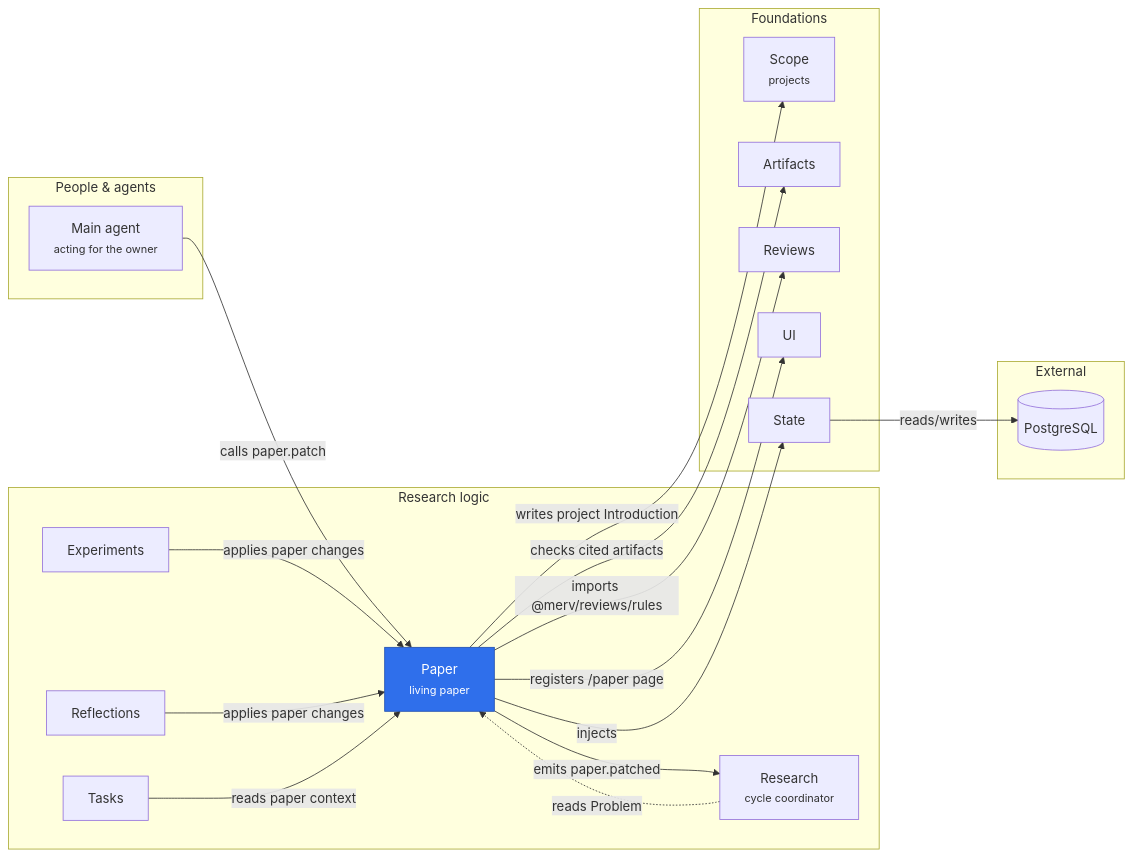
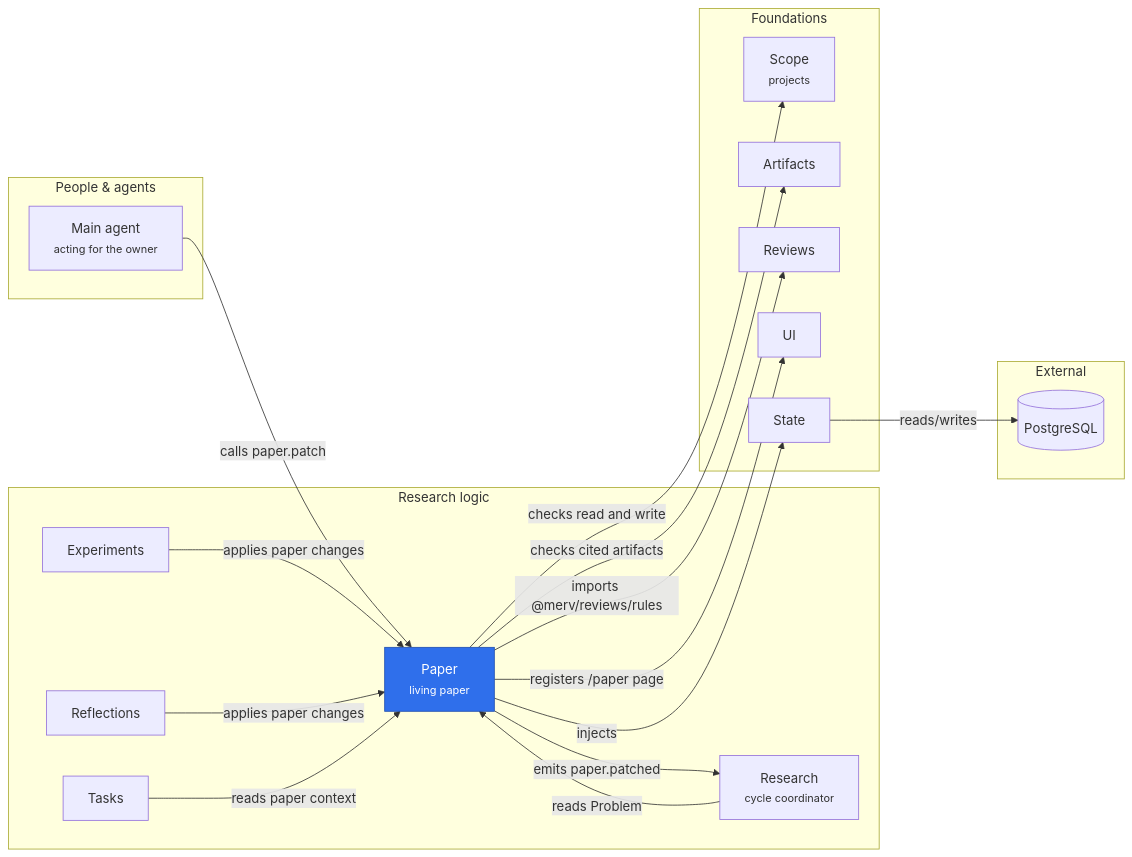
The diagram in merv-typescript/packages/paper/README.md (rapidreview-io/Merv), drawn with Mermaid before and after one commit. The commit also changed other lines of this file and 14 other files, not shown here.

````diff
--- a/merv-typescript/packages/paper/README.md
+++ b/merv-typescript/packages/paper/README.md
@@ -7,37 +7,37 @@
 ```mermaid
 flowchart LR
   subgraph people["People & agents"]
     agent["Main agent<br/><small>acting for the owner</small>"]
   end
   subgraph logic["Research logic"]
     paper["Paper<br/><small>living paper</small>"]
     experiments["Experiments"]
     reflections["Reflections"]
     tasks["Tasks"]
     research["Research<br/><small>cycle coordinator</small>"]
   end
   subgraph foundations["Foundations"]
     scope["Scope<br/><small>projects</small>"]
     artifacts["Artifacts"]
     reviews["Reviews"]
     ui["UI"]
     state["State"]
   end
   subgraph external["External"]
     postgres[("PostgreSQL")]
   end
   agent -- "calls paper.patch" --> paper
   experiments -- "applies paper changes" --> paper
   reflections -- "applies paper changes" --> paper
   tasks -- "reads paper context" --> paper
-  research -. "reads Problem" .-> paper
+  research -- "reads Problem" --> paper
   paper -- "emits paper.patched" --> research
-  paper -- "writes project Introduction" --> scope
+  paper -- "checks read and write" --> scope
   paper -- "checks cited artifacts" --> artifacts
   paper -- "imports @merv/reviews/rules" --> reviews
   paper -- "registers /paper page" --> ui
   paper -- "injects" --> state
   state -- "reads/writes" --> postgres
   class paper self
   classDef self fill:#2f6feb,color:#fff,stroke:#1f4fb0
 ```
````
